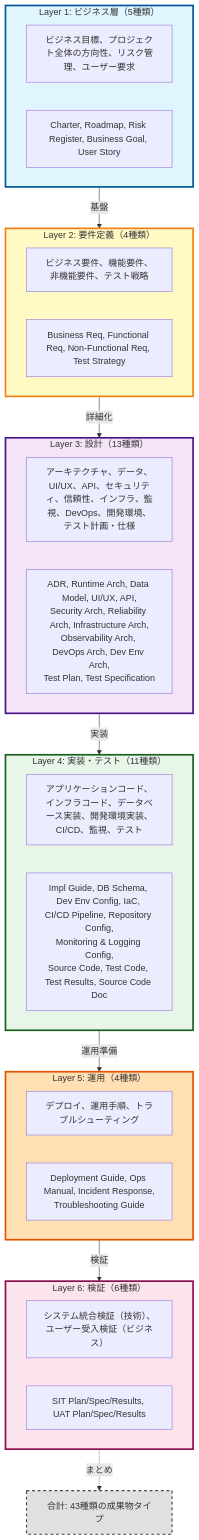
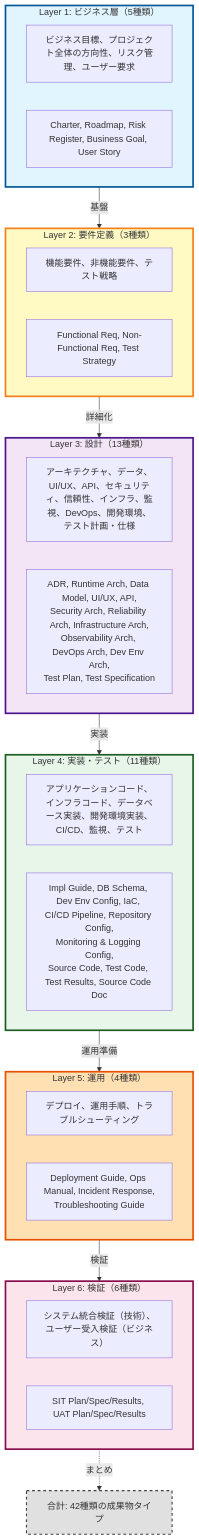
Before and after one commit to mahitotsu/ukiyoue: the diagram in specs/artifact-overview.md, drawn with Mermaid. The commit also changed other lines of this file and 7 other files, not shown here.

````diff
--- a/specs/artifact-overview.md
+++ b/specs/artifact-overview.md
@@ -33,58 +33,58 @@
 ```mermaid
 graph TD
     subgraph Layer1["Layer 1: ビジネス層（5種類）"]
         L1_desc["ビジネス目標、プロジェクト全体の方向性、リスク管理、ユーザー要求"]
         L1_docs["Charter, Roadmap, Risk Register, Business Goal, User Story"]
     end
 
-    subgraph Layer2["Layer 2: 要件定義（4種類）"]
-        L2_desc["ビジネス要件、機能要件、非機能要件、テスト戦略"]
-        L2_docs["Business Req, Functional Req, Non-Functional Req, Test Strategy"]
+    subgraph Layer2["Layer 2: 要件定義（3種類）"]
+        L2_desc["機能要件、非機能要件、テスト戦略"]
+        L2_docs["Functional Req, Non-Functional Req, Test Strategy"]
     end
 
     subgraph Layer3["Layer 3: 設計（13種類）"]
         L3_desc["アーキテクチャ、データ、UI/UX、API、セキュリティ、信頼性、インフラ、監視、DevOps、開発環境、テスト計画・仕様"]
         L3_docs["ADR, Runtime Arch, Data Model, UI/UX, API,<br/>Security Arch, Reliability Arch, Infrastructure Arch,<br/>Observability Arch, DevOps Arch, Dev Env Arch,<br/>Test Plan, Test Specification"]
     end
 
     subgraph Layer4["Layer 4: 実装・テスト（11種類）"]
         L4_desc["アプリケーションコード、インフラコード、データベース実装、開発環境実装、CI/CD、監視、テスト"]
         L4_docs["Impl Guide, DB Schema, Dev Env Config, IaC, CI/CD Pipeline, Repository Config,<br/>Monitoring & Logging Config,<br/>Source Code, Test Code, Test Results, Source Code Doc"]
     end
 
     subgraph Layer5["Layer 5: 運用（4種類）"]
         L5_desc["デプロイ、運用手順、トラブルシューティング"]
         L5_docs["Deployment Guide, Ops Manual, Incident Response,<br/>Troubleshooting Guide"]
     end
 
     subgraph Layer6["Layer 6: 検証（6種類）"]
         L6_desc["システム統合検証（技術）、ユーザー受入検証（ビジネス）"]
         L6_docs["SIT Plan/Spec/Results, UAT Plan/Spec/Results"]
     end
 
     Layer1 -->|"基盤"| Layer2
     Layer2 -->|"詳細化"| Layer3
     Layer3 -->|"実装"| Layer4
     Layer4 -->|"運用準備"| Layer5
     Layer5 -->|"検証"| Layer6
 
-    Total["合計: 43種類の成果物タイプ"]
+    Total["合計: 42種類の成果物タイプ"]
 
     Layer6 -.->|"まとめ"| Total
 
     classDef layer1Style fill:#e1f5ff,stroke:#01579b,stroke-width:3px
     classDef layer2Style fill:#fff9c4,stroke:#f57f17,stroke-width:3px
     classDef layer3Style fill:#f3e5f5,stroke:#4a148c,stroke-width:3px
     classDef layer4Style fill:#e8f5e9,stroke:#1b5e20,stroke-width:3px
     classDef layer5Style fill:#ffe0b2,stroke:#e65100,stroke-width:3px
     classDef layer6Style fill:#fce4ec,stroke:#880e4f,stroke-width:3px
     classDef totalStyle fill:#e0e0e0,stroke:#424242,stroke-width:2px,stroke-dasharray: 5 5
 
     class Layer1 layer1Style
     class Layer2 layer2Style
     class Layer3 layer3Style
     class Layer4 layer4Style
     class Layer5 layer5Style
     class Layer6 layer6Style
     class Total totalStyle
 ```
````
